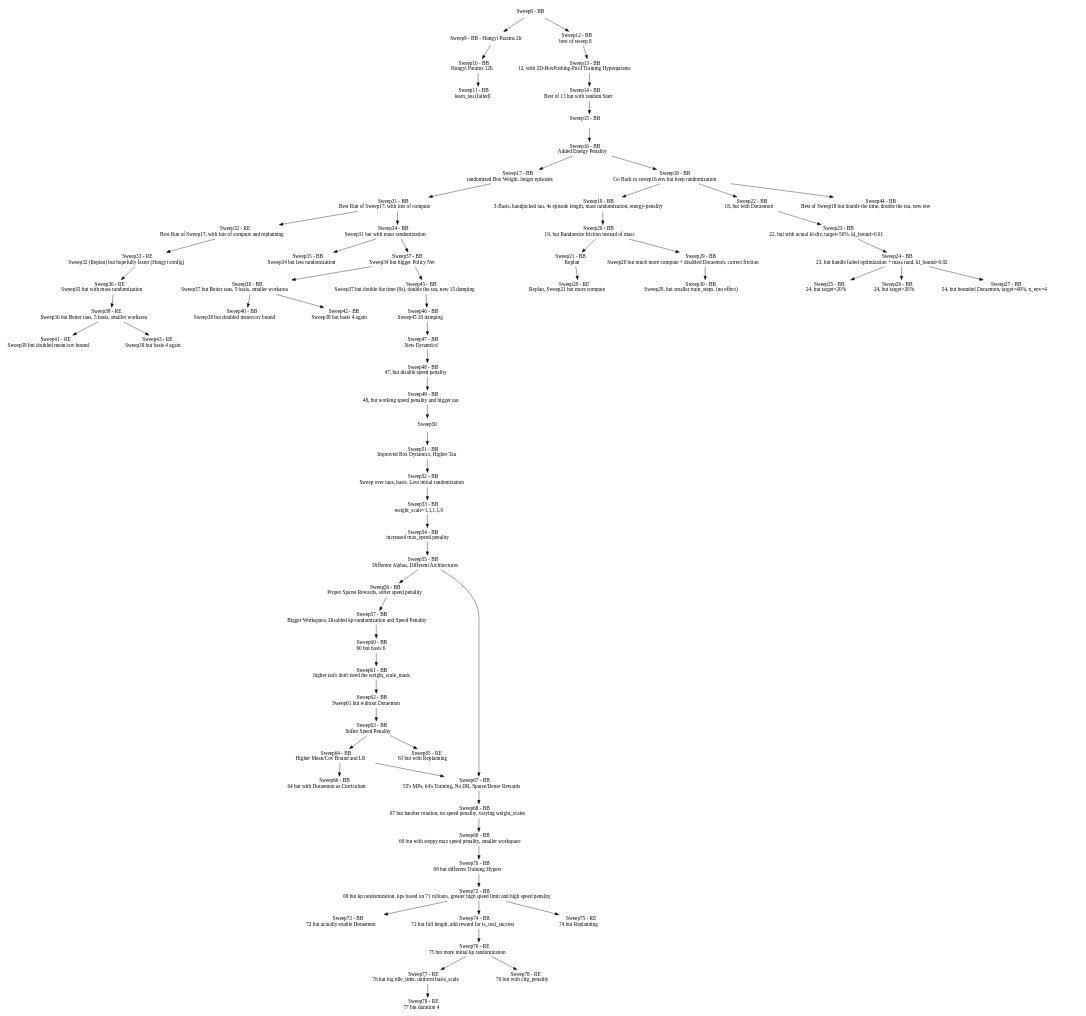
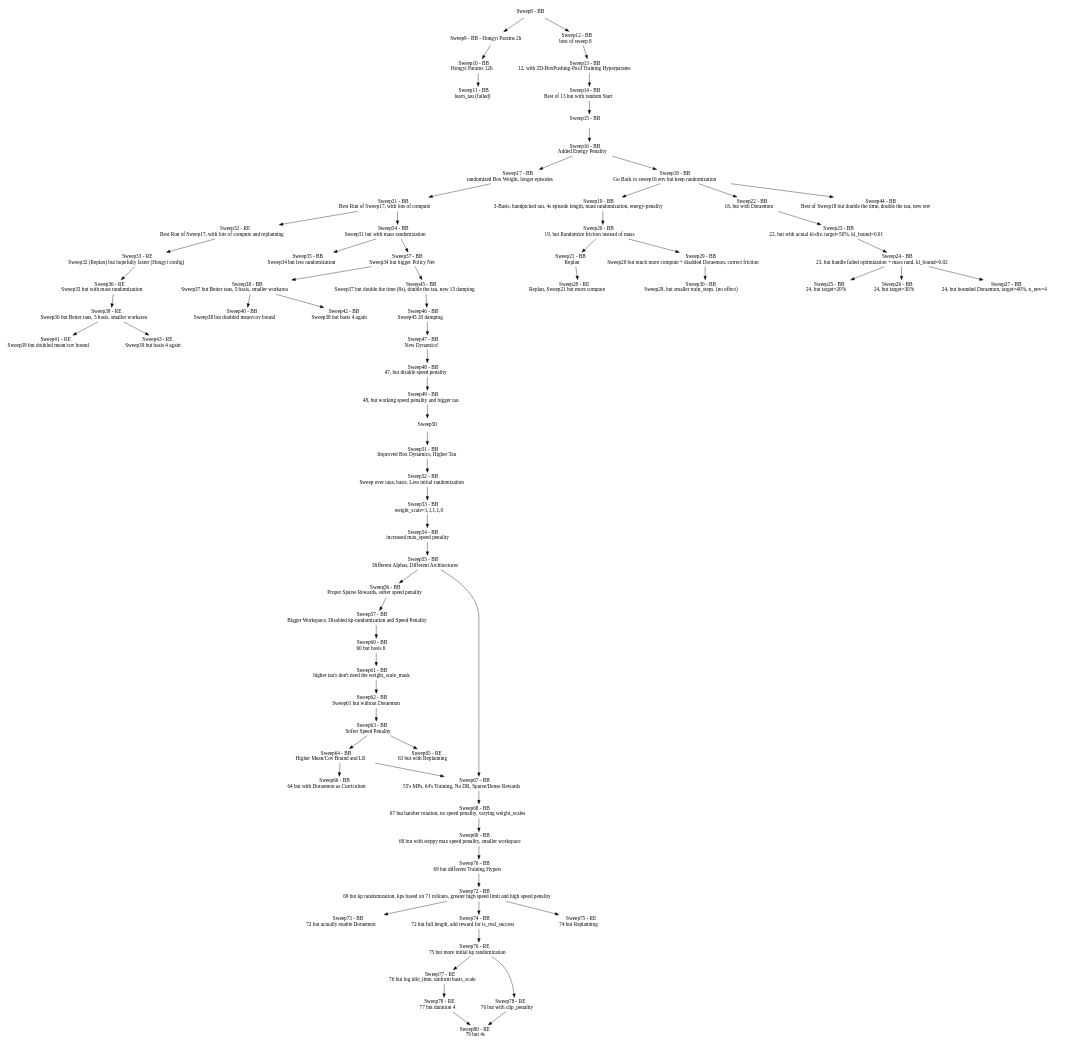
One commit to maxmunzel/fancy_gym changed the diagram in sweeps.dot. Above: the diagram before and after it, drawn with Graphviz. The commit also changed 1 other file, not shown here.

Commit message:
Sweep80 - 79 but 4s

```diff
--- a/sweeps.dot
+++ b/sweeps.dot
@@ -1,143 +1,146 @@
 digraph Sweeps {
     // Nodes
     node [shape=plaintext]
     "Sweep8"  [label=<Sweep8 - BB>];
     "Sweep9"  [label=<Sweep9 - BB - Hongyi Params 2h>];
     "Sweep10" [label=<Sweep10 - BB <BR/> Hongyi Params 12h>];
     "Sweep11" [label=<Sweep11 - BB <BR/> learn_tau (failed)>];
     "Sweep12" [label=<Sweep12 - BB <BR/> best of sweep 8>];
     "Sweep13" [label=<Sweep13 - BB <BR/> 12, with 2D-BoxPushing-Pos3 Training Hyperparams>];
     "Sweep14" [label=<Sweep14 - BB <BR/> Best of 13 but with random Start>];
     "Sweep15" [label=<Sweep15 - BB <BR/> >];
     "Sweep16" [label=<Sweep16 - BB <BR/> Added Energy Penality>];
     "Sweep17" [label=<Sweep17 - BB <BR/> randomized Box Weight, longer episodes>];
     "Sweep18" [label=<Sweep18 - BB <BR/> Go Back to sweep16 env but keep randomization>];
     "Sweep19" [label=<Sweep19 - BB <BR/> 3-Basis, handpicked tau, 4s episode length, mass randomization, energy-penality>];
     "Sweep20" [label=<Sweep20 - BB <BR/> 19, but Randomize friction instead of mass>];
     "Sweep21" [label=<Sweep21 - BB <BR/> Replan>];
     "Sweep22" [label=<Sweep22 - BB <BR/> 18, but with Doraemon>];
     "Sweep23" [label=<Sweep23 - BB <BR/> 22, but with actual kl-div, target=50%, kl_bound=0.01>];
     "Sweep24" [label=<Sweep24 - BB <BR/> 23, but handle failed optimization + mass rand, kl_bound=0.02>];
     "Sweep25" [label=<Sweep25 - BB <BR/> 24, but target=20%>];
     "Sweep26" [label=<Sweep26 - BB <BR/> 24, but target=30%>];
     "Sweep27" [label=<Sweep27 - BB <BR/> 24, but bounded Doraemon, target=40%, n_env=4>];
     "Sweep28" [label=<Sweep28 - RE <BR/> Replan, Sweep21 but more compute>];
     "Sweep29" [label=<Sweep29 - BB <BR/> Sweep20 but much more compute + disabled Doraemon, correct friction>];
     "Sweep30" [label=<Sweep30 - BB <BR/> Sweep29, but smaller train_steps. (no effect)>];
     "Sweep31" [label=<Sweep31 - BB <BR/> Best Run of Sweep17, with lots of compute>];
     "Sweep32" [label=<Sweep32 - RE <BR/> Best Run of Sweep17, with lots of compute and replanning>];
     "Sweep33" [label=<Sweep33 - RE <BR/> Sweep32 (Replan) but hopefully faster (Hongyi config)>];
     "Sweep34" [label=<Sweep34 - BB <BR/> Sweep31 but with mass randomization>];
     "Sweep35" [label=<Sweep35 - BB <BR/> Sweep34 but less randomization>];
     "Sweep36" [label=<Sweep36 - RE <BR/> Sweep33 but with mass randomization>];
     "Sweep37" [label=<Sweep37 - BB <BR/> Sweep34 but bigger Policy Net>];
     "Sweep38" [label=<Sweep38 - BB <BR/> Sweep37 but Better taus, 5 basis, smaller workarea>];
     "Sweep39" [label=<Sweep39 - RE <BR/> Sweep36 but Better taus, 5 basis, smaller workarea>];
     "Sweep40" [label=<Sweep40 - BB <BR/> Sweep38 but doubled mean/cov bound>];
     "Sweep41" [label=<Sweep41 - RE <BR/> Sweep39 but doubled mean/cov bound>];
     "Sweep42" [label=<Sweep42 - BB <BR/> Sweep38 but basis 4 again>];
     "Sweep43" [label=<Sweep43 - RE <BR/> Sweep39 but basis 4 again>];
     "Sweep44" [label=<Sweep44 - BB <BR/> Best of Sweep18 but double the time, double the tau, new env>];
     "Sweep45" [label=<Sweep45 - BB <BR/> Sweep37 but double the time (8s), double the tau, new 15 damping>];
     "Sweep46" [label=<Sweep46 - BB <BR/> Sweep45 20 damping>];
     "Sweep47" [label=<Sweep47 - BB <BR/> New Dynamics! >];
     "Sweep48" [label=<Sweep48 - BB <BR/> 47, but disable speed penality  >];
     "Sweep49" [label=<Sweep49 - BB <BR/> 48, but working speed penality and bigger tau  >];
     "Sweep51" [label=<Sweep51 - BB <BR/> Improved Box Dynamics, Higher Tau>];
     "Sweep52" [label=<Sweep52 - BB <BR/> Sweep over taus, basis. Less initial randomization>];
     "Sweep53" [label=<Sweep53 - BB <BR/> weight_scale=1,1,1,1,0 >];
     "Sweep54" [label=<Sweep54 - BB <BR/> increased max_speed penality>];
     "Sweep55" [label=<Sweep55 - BB <BR/> Different Alphas, Different Architectures>];
     "Sweep56" [label=<Sweep56 - BB <BR/> Proper Sparse Rewards, softer speed penality>];
     "Sweep57" [label=<Sweep57 - BB <BR/> Bigger Workspace, Disabled kp-randomization and Speed Penality>];
     "Sweep60" [label=<Sweep60 - BB <BR/> 60 but basis 6>];
     "Sweep61" [label=<Sweep61 - BB <BR/> higher tau's don't need the weight_scale_mask>];
     "Sweep62" [label=<Sweep62 - BB <BR/> Sweep61 but without Doraemon>];
     "Sweep63" [label=<Sweep63 - BB <BR/> Softer Speed Penality >];
     "Sweep64" [label=<Sweep64 - BB <BR/> Higher Mean/Cov Bound and LR >];
     "Sweep65" [label=<Sweep65 - RE <BR/> 63 but with Replanning >];
     "Sweep66" [label=<Sweep66 - BB <BR/> 64 but with Doraemon as Curriculum >];
     "Sweep67" [label=<Sweep67 - BB <BR/> 55's MPs, 64's Training, No DR, Sparse/Dense Rewards >];
     "Sweep68" [label=<Sweep68 - BB <BR/> 67 but harsher rotation, no speed penality, varying weight_scales >];
     "Sweep69" [label=<Sweep69 - BB <BR/> 68 but with steppy max speed penality, smaller workspace >];
     "Sweep70" [label=<Sweep70 - BB <BR/> 69 but different Training Hypers >];
     "Sweep72" [label=<Sweep72 - BB <BR/> 69 but kp randomization, kps based on 71 rollouts, greater high speed limit and high speed penality >];
     "Sweep73" [label=<Sweep73 - BB <BR/> 72 but actually enable Doraemon >];
     "Sweep74" [label=<Sweep74 - BB <BR/> 72 but full length, add reward for is_real_success >];
     "Sweep75" [label=<Sweep75 - RE <BR/> 74 but Replanning >];
     "Sweep76" [label=<Sweep76 - RE <BR/> 75 but more initial kp randomization>];
     "Sweep77" [label=<Sweep77 - RE <BR/> 76 but log idle_time, uniform basis_scale>];
     "Sweep78" [label=<Sweep78 - RE <BR/> 77 but duration 4>];
     "Sweep79" [label=<Sweep78 - RE <BR/> 76 but with clip_penality>];
+    "Sweep80" [label=<Sweep80 - RE <BR/> 79 but 4s>];
 
     // Edges
     "Sweep8" -> "Sweep9"
     "Sweep9" -> "Sweep10"
     "Sweep10" -> "Sweep11"
     "Sweep8" -> "Sweep12"
     "Sweep12" -> "Sweep13"
     "Sweep13" -> "Sweep14"
     "Sweep16" -> "Sweep18"
     "Sweep18" -> "Sweep19"
     "Sweep19" -> "Sweep20"
     "Sweep21" -> "Sweep28"
     "Sweep20" -> "Sweep29"
     "Sweep29" -> "Sweep30"
     "Sweep17" -> "Sweep31"
     "Sweep31" -> "Sweep32"
     "Sweep32" -> "Sweep33"
     "Sweep31" -> "Sweep34"
     "Sweep34" -> "Sweep35"
     "Sweep33" -> "Sweep36"
     "Sweep34" -> "Sweep37"
     "Sweep37" -> "Sweep38"
     "Sweep36" -> "Sweep39"
     "Sweep38" -> "Sweep40"
     "Sweep39" -> "Sweep41"
     "Sweep38" -> "Sweep42"
     "Sweep39" -> "Sweep43"
     "Sweep18" -> "Sweep22"
     "Sweep22" -> "Sweep23"
     "Sweep23" -> "Sweep24"
     "Sweep24" -> "Sweep25"
     "Sweep24" -> "Sweep26"
     "Sweep24" -> "Sweep27"
     "Sweep18" -> "Sweep44"
     "Sweep14" -> "Sweep15"
     "Sweep15" -> "Sweep16"
     "Sweep16" -> "Sweep17"
     "Sweep20" -> "Sweep21"
     "Sweep37" -> "Sweep45"
     "Sweep45" -> "Sweep46"
     "Sweep46" -> "Sweep47"
     "Sweep47" -> "Sweep48"
     "Sweep48" -> "Sweep49"
     "Sweep49" -> "Sweep50"
     "Sweep50" -> "Sweep51"
     "Sweep51" -> "Sweep52"
     "Sweep52" -> "Sweep53"
     "Sweep53" -> "Sweep54"
     "Sweep54" -> "Sweep55"
     "Sweep55" -> "Sweep56"
     "Sweep56" -> "Sweep57"
     "Sweep57" -> "Sweep60"
     "Sweep60" -> "Sweep61"
     "Sweep61" -> "Sweep62"
     "Sweep62" -> "Sweep63"
     "Sweep63" -> "Sweep64"
     "Sweep63" -> "Sweep65"
     "Sweep64" -> "Sweep66"
     "Sweep55" -> "Sweep67"
     "Sweep64" -> "Sweep67"
     "Sweep67" -> "Sweep68"
     "Sweep68" -> "Sweep69"
     "Sweep69" -> "Sweep70"
     "Sweep70" -> "Sweep72"
     "Sweep72" -> "Sweep73"
     "Sweep72" -> "Sweep74"
     "Sweep72" -> "Sweep75"
     "Sweep74" -> "Sweep76"
     "Sweep76" -> "Sweep77"
     "Sweep77" -> "Sweep78"
     "Sweep76" -> "Sweep79"
+    "Sweep78" -> "Sweep80"
+    "Sweep79" -> "Sweep80"
 }
```
